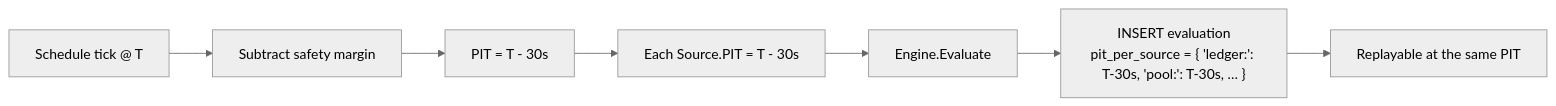
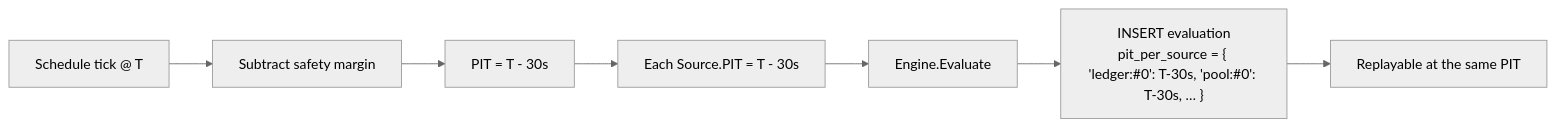
One commit to formancehq/reconciliation changed the seventh of 7 diagrams in docs/technical/workflows.md. Above: the diagram before and after it, drawn with Mermaid (neutral theme). The commit also changed other lines of this file and 8 other files, not shown here.

````diff
--- a/docs/technical/workflows.md
+++ b/docs/technical/workflows.md
@@ -233,9 +233,9 @@
 ```mermaid
 flowchart LR
     Tick[Schedule tick @ T] --> Sub[Subtract safety margin]
     Sub --> PIT["PIT = T - 30s"]
     PIT --> Sources["Each Source.PIT = T - 30s"]
     Sources --> Eng[Engine.Evaluate]
-    Eng --> Persist["INSERT evaluation<br/>pit_per_source = { 'ledger:<name>': T-30s, 'pool:<id>': T-30s, … }"]
+    Eng --> Persist["INSERT evaluation<br/>pit_per_source = { 'ledger:<name>#0': T-30s, 'pool:<id>#0': T-30s, … }"]
     Persist --> Audit[Replayable at the same PIT]
 ```
````
